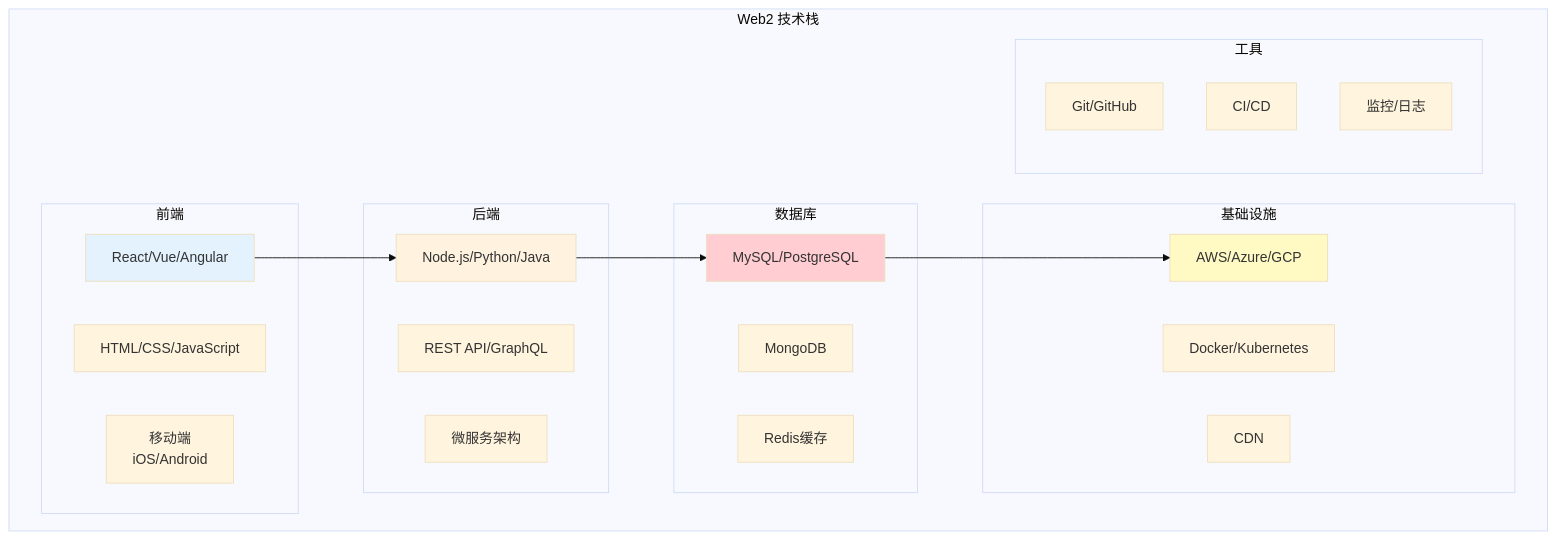
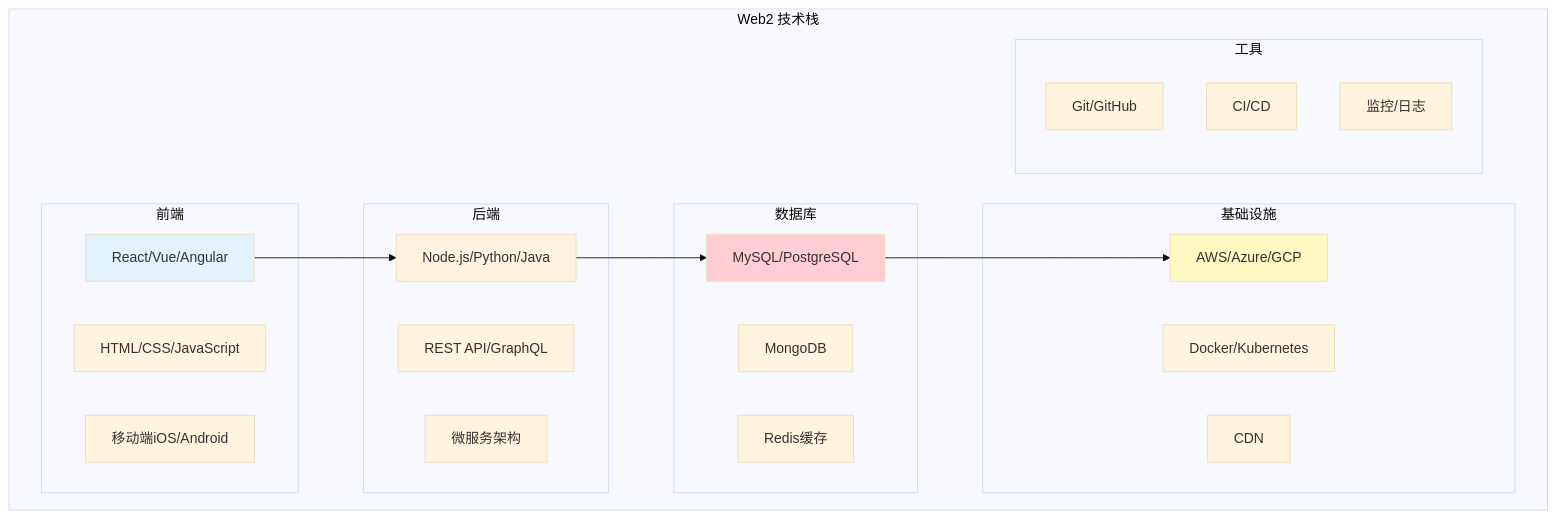
Diagram 14 of 29 in src/content/posts/web3/web2-vs-web3.md (liuxing95/blog), drawn with Mermaid (base theme) before and after one commit. The commit also changed other lines of this file and 3 other files, not shown here.

````diff
--- a/src/content/posts/web3/web2-vs-web3.md
+++ b/src/content/posts/web3/web2-vs-web3.md
@@ -693,43 +668,43 @@
 ```mermaid
 graph TB
     subgraph "Web2 技术栈"
         subgraph "前端"
             FE1[React/Vue/Angular]
             FE2[HTML/CSS/JavaScript]
-            FE3[移动端<br/>iOS/Android]
+            FE3[移动端iOS/Android]
         end
 
         subgraph "后端"
             BE1[Node.js/Python/Java]
             BE2[REST API/GraphQL]
             BE3[微服务架构]
         end
 
         subgraph "数据库"
             DB1[MySQL/PostgreSQL]
             DB2[MongoDB]
             DB3[Redis缓存]
         end
 
         subgraph "基础设施"
             INF1[AWS/Azure/GCP]
             INF2[Docker/Kubernetes]
             INF3[CDN]
         end
 
         subgraph "工具"
             TOOL1[Git/GitHub]
             TOOL2[CI/CD]
             TOOL3[监控/日志]
         end
     end
 
     FE1 --> BE1
     BE1 --> DB1
     DB1 --> INF1
 
     style FE1 fill:#e3f2fd
     style BE1 fill:#fff3e0
     style DB1 fill:#ffcdd2
     style INF1 fill:#fff9c4
 ```
````
